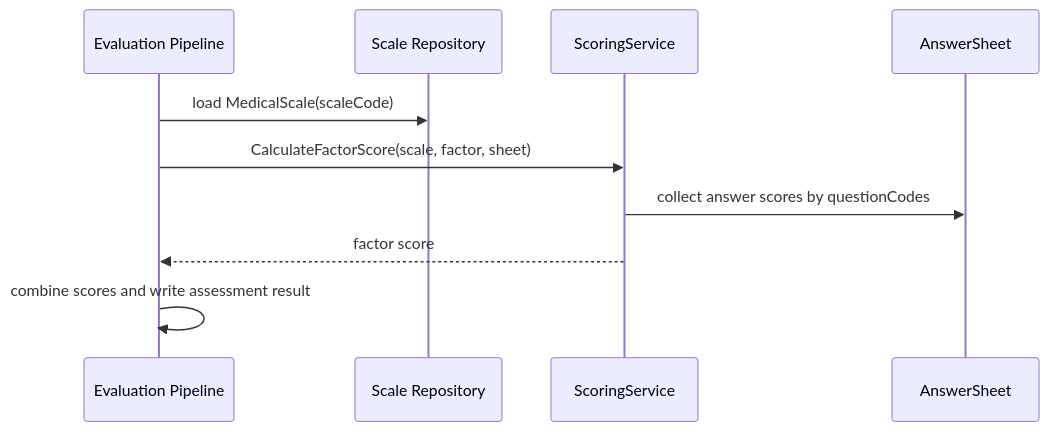
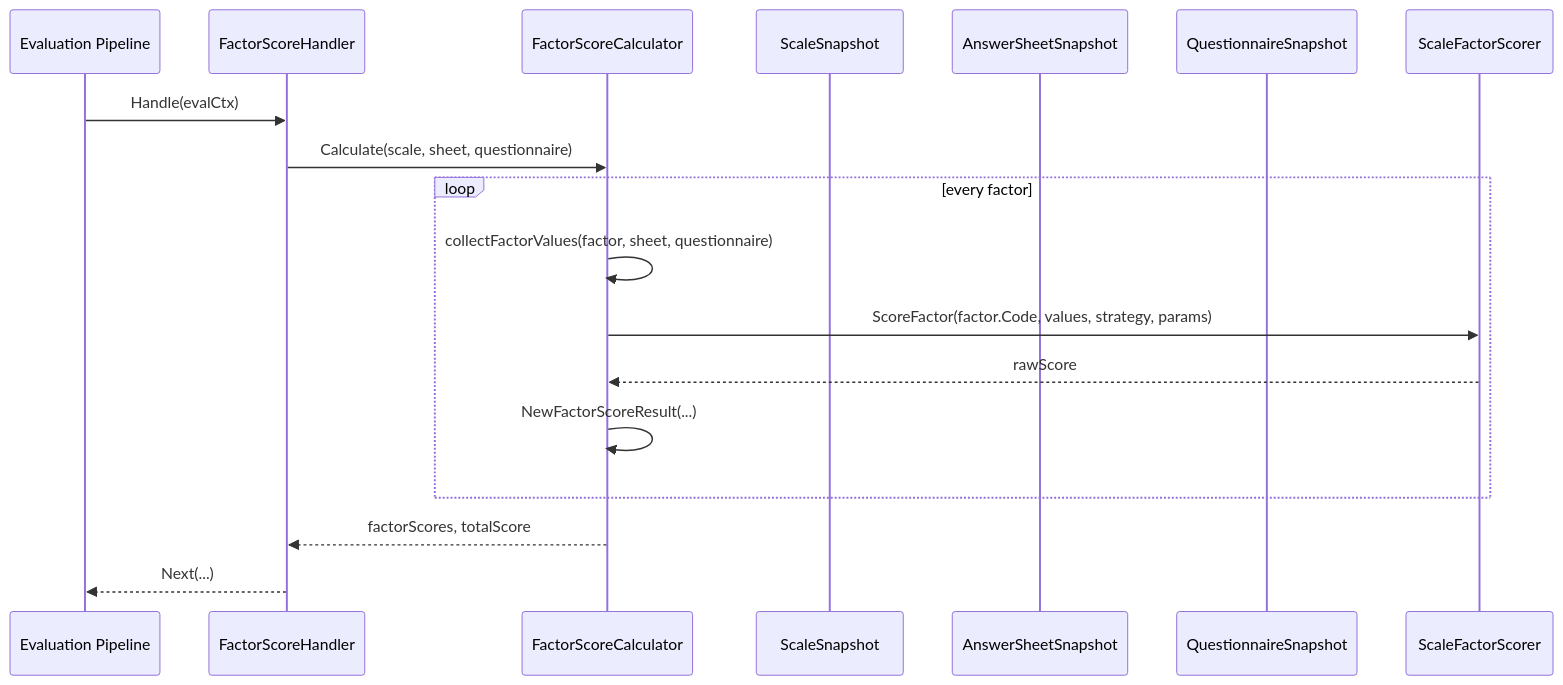
The third of 3 diagrams in docs/02-业务模块/scale/01-规则与因子计分.md (FangcunMount/qs-server), drawn with Mermaid before and after one commit. The commit also changed other lines of this file and 5 other files, not shown here.

````diff
--- a/docs/02-业务模块/scale/01-规则与因子计分.md
+++ b/docs/02-业务模块/scale/01-规则与因子计分.md
@@ -29,12 +185,21 @@
 ```mermaid
 sequenceDiagram
-    participant Eval as Evaluation Pipeline
-    participant Scale as Scale Repository
-    participant Service as ScoringService
-    participant Sheet as AnswerSheet
-    Eval->>Scale: load MedicalScale(scaleCode)
-    Eval->>Service: CalculateFactorScore(scale, factor, sheet)
-    Service->>Sheet: collect answer scores by questionCodes
-    Service-->>Eval: factor score
-    Eval->>Eval: combine scores and write assessment result
+    participant Pipeline as Evaluation Pipeline
+    participant Handler as FactorScoreHandler
+    participant Calc as FactorScoreCalculator
+    participant Scale as ScaleSnapshot
+    participant Sheet as AnswerSheetSnapshot
+    participant Qnr as QuestionnaireSnapshot
+    participant Scorer as ScaleFactorScorer
+
+    Pipeline->>Handler: Handle(evalCtx)
+    Handler->>Calc: Calculate(scale, sheet, questionnaire)
+    loop every factor
+        Calc->>Calc: collectFactorValues(factor, sheet, questionnaire)
+        Calc->>Scorer: ScoreFactor(factor.Code, values, strategy, params)
+        Scorer-->>Calc: rawScore
+        Calc->>Calc: NewFactorScoreResult(...)
+    end
+    Calc-->>Handler: factorScores, totalScore
+    Handler-->>Pipeline: Next(...)
 ```
````
